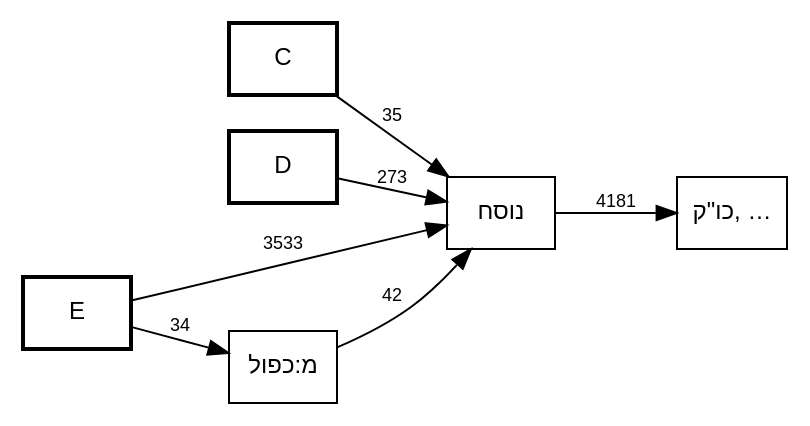
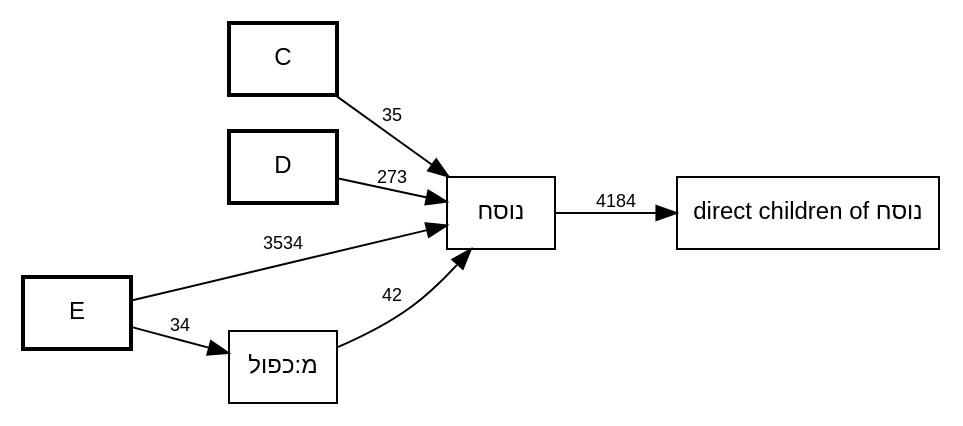
Before and after one commit to bdenckla/MAM-basics: the diagram in out/MAM-tmpl-survey/plus-nusach-call-graph.dot, drawn with Graphviz. The commit also changed 18 other files, not shown here.

```diff
--- a/out/MAM-tmpl-survey/plus-nusach-call-graph.dot
+++ b/out/MAM-tmpl-survey/plus-nusach-call-graph.dot
@@ -1,60 +1,60 @@
 digraph template_call_graph {
     rankdir=LR;
     node [fontname="SBL Hebrew,Helvetica", fontsize=12];
     edge [fontname="Helvetica", fontsize=9];
 
     // Column nodes
     node [shape=box, style=bold];
     "C";
     "D";
     "E";
 
     // Template nodes
     node [shape=box, style=""];
-    "כו\"ק" [label="כו\"ק, …", tooltip="כו\"ק
+    "direct children of נוסח" [tooltip="כו\"ק
 כתיב ולא קרי
 מ:אות-מיוחדת-במילה
 מ:אין פרשה בתחילת פרק
 מ:אין פרשה בתחילת פרק בספרי אמ\"ת
 מ:דחי
 מ:הערה-2
 מ:כו\"ק בין שני מקפים
 מ:כו\"ק כתיב מילה חדה וקרי תרתין מילין
 מ:כו\"ק כתיב מילה חדה וקרי תרתין מילין בין שני מקפים
 מ:כו\"ק כתיב תרתין מילין וקרי מילה חדה
 מ:כו\"ק קרי שונה מהכתיב בשתי מילים
 מ:כו\"ק של שלוש מילים בהערה אחת
 מ:כו\"ק של שתי מילים בהערה אחת
 מ:לגרמיה-2
 מ:מקף אפור
 מ:נו\"ן הפוכה
 מ:פסוק
 מ:פסק
 מ:צינור
 מ:קו\"כ כתיב מילה חדה וקרי תרתין מילין
 מ:קו\"כ קרי שונה מהכתיב בשתי מילים
 מ:קישור בהערה
 מ:קישור פנימי בהערה
 מ:קמץ
 מודגש
 סס
 ססס
 פפ
 פפפ
 קו\"כ
 קו\"כ-אם
 קרי ולא כתיב
 ר0
 ר1
 ר3
 ר4
 ש"];
 
     // Edges
     "C" -> "נוסח" [label="35"];
     "D" -> "נוסח" [label="273"];
     "E" -> "מ:כפול" [label="34"];
-    "E" -> "נוסח" [label="3533"];
+    "E" -> "נוסח" [label="3534"];
     "מ:כפול" -> "נוסח" [label="42"];
-    "נוסח" -> "כו\"ק" [label="4181"];
+    "נוסח" -> "direct children of נוסח" [label="4184"];
 }
```
